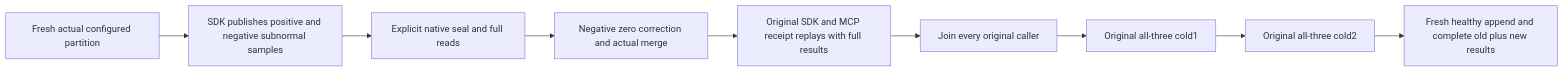
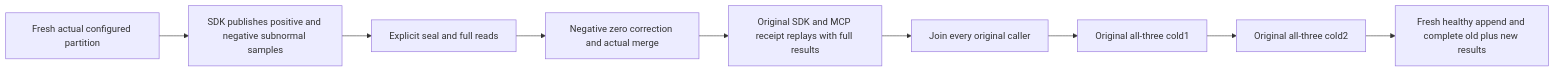
The diagram in docs/Features/TimeSeries/PublicSubnormalSampleFidelity.md (managedcode/KeyLoad), drawn with Mermaid before and after one commit. The commit also changed other lines of this file and 9016 other files, not shown here.

````diff
--- a/docs/Features/TimeSeries/PublicSubnormalSampleFidelity.md
+++ b/docs/Features/TimeSeries/PublicSubnormalSampleFidelity.md
@@ -68,11 +68,11 @@
 ```mermaid
 flowchart LR
     Fresh[Fresh actual configured partition] --> Append[SDK publishes positive and negative subnormal samples]
-    Append --> Seal[Explicit native seal and full reads]
+    Append --> Seal[Explicit seal and full reads]
     Seal --> Merge[Negative zero correction and actual merge]
     Merge --> Replay[Original SDK and MCP receipt replays with full results]
     Replay --> Join[Join every original caller]
     Join --> Cold1[Original all-three cold1]
     Cold1 --> Cold2[Original all-three cold2]
     Cold2 --> Healthy[Fresh healthy append and complete old plus new results]
 ```
````
